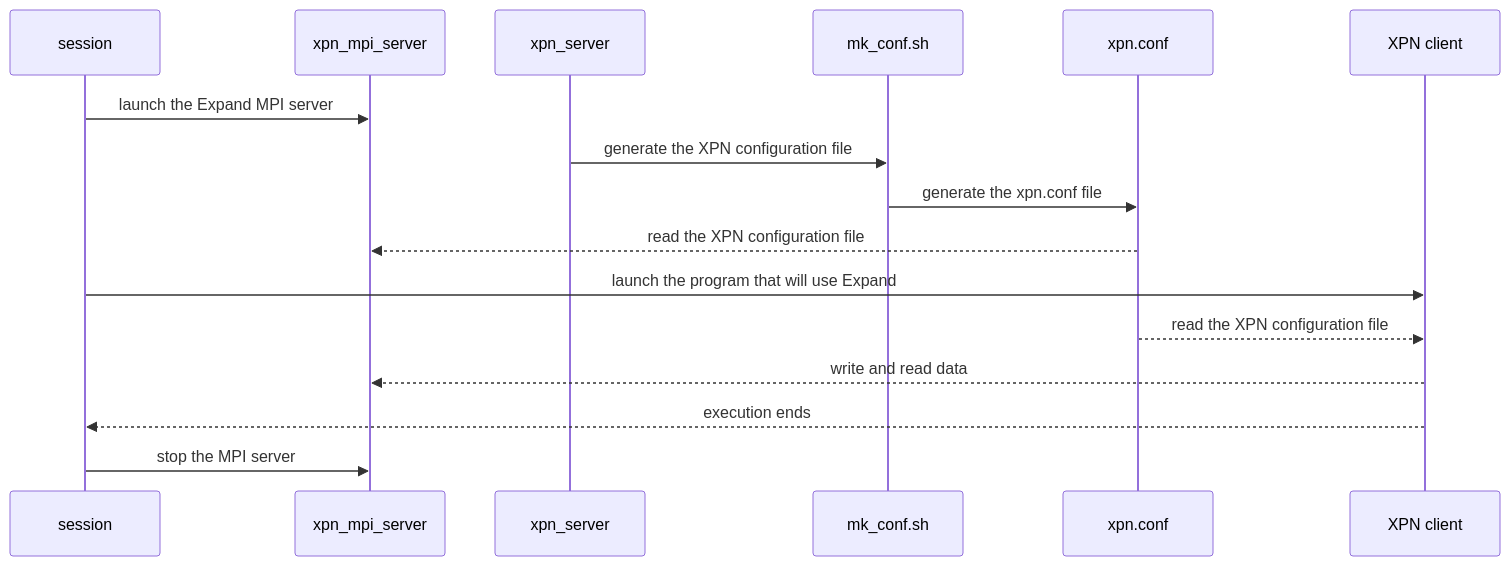
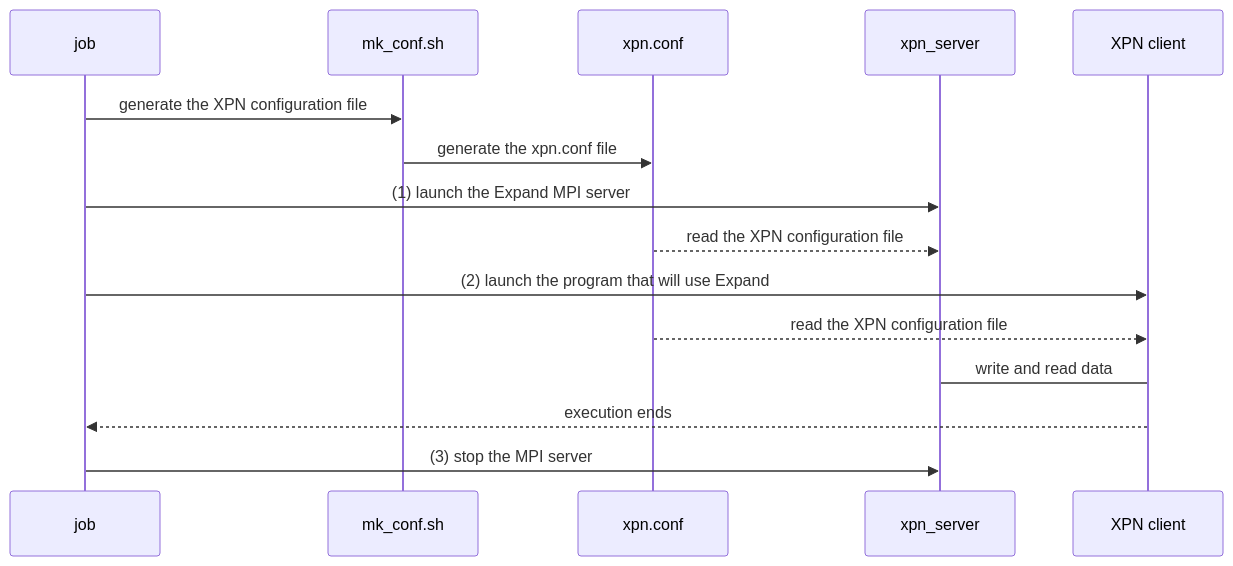
The fourth of 4 diagrams in README.md (xpn-arcos/xpn), drawn with Mermaid before and after one commit. The commit also changed other lines of this file, not shown here.

````diff
--- a/README.md
+++ b/README.md
@@ -367,12 +368,12 @@
 ```mermaid
 sequenceDiagram
-    session        ->> xpn_mpi_server: launch the Expand MPI server
-    xpn_server     ->> mk_conf.sh: generate the XPN configuration file
+    job            ->> mk_conf.sh: generate the XPN configuration file
     mk_conf.sh     ->> xpn.conf: generate the xpn.conf file
-    xpn.conf      -->> xpn_mpi_server: read the XPN configuration file
-    session        ->> XPN client: launch the program that will use Expand
+    job            ->> xpn_server: (1) launch the Expand MPI server
+    xpn.conf      -->> xpn_server: read the XPN configuration file
+    job            ->> XPN client: (2) launch the program that will use Expand
     xpn.conf      -->> XPN client: read the XPN configuration file
-    XPN client    -->> xpn_mpi_server: write and read data
-    XPN client    -->> session: execution ends
-    session        ->> xpn_mpi_server: stop the MPI server
+    XPN client      -> xpn_server: write and read data
+    XPN client    -->> job: execution ends
+    job            ->> xpn_server: (3) stop the MPI server
 ```
````
